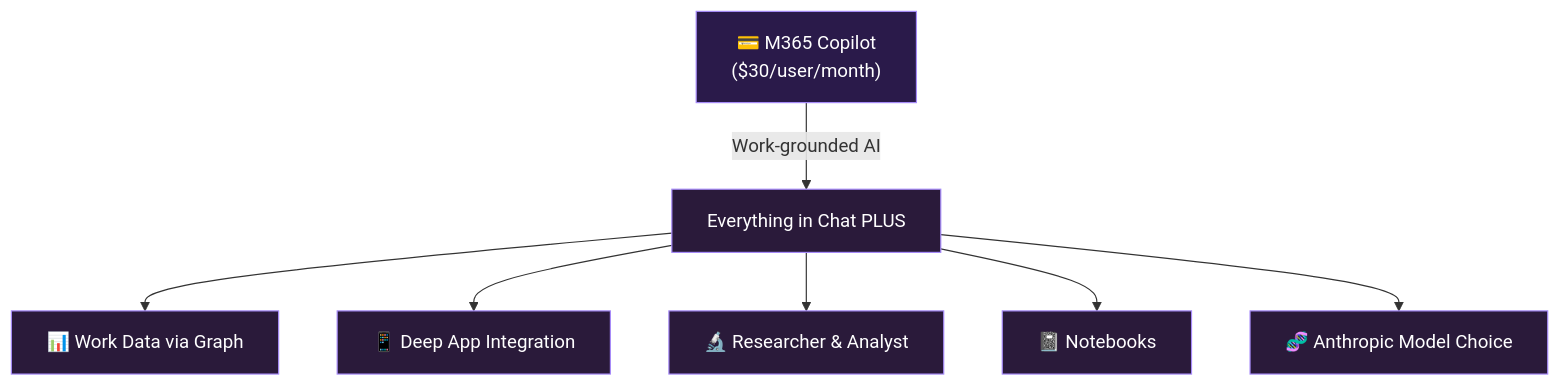
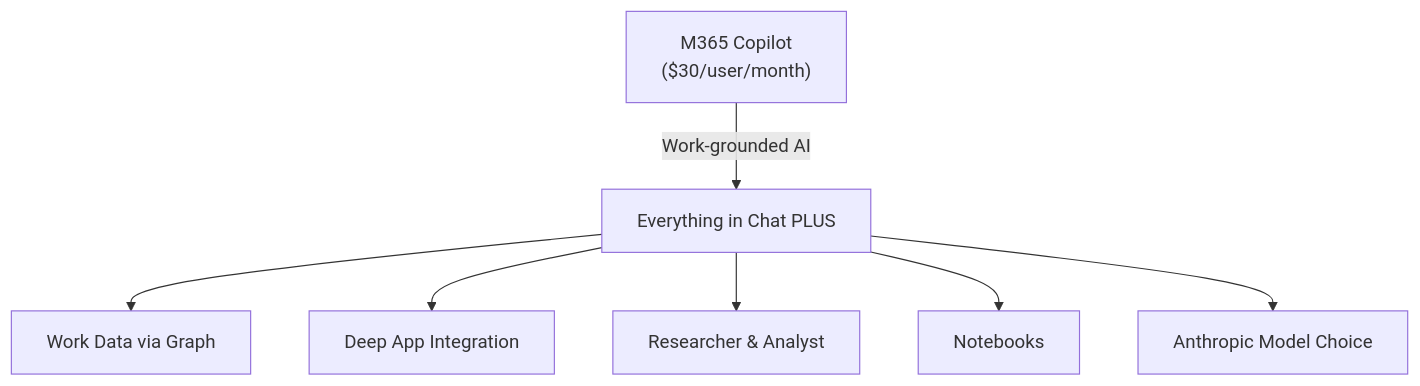
One commit to susanthgit/aguidetocloud-revamp changed the second of 6 diagrams in content/blog/microsoft-365-copilot-chat-complete-guide-for-trainers.md. Above: the diagram before and after it, drawn with Mermaid. The commit also changed other lines of this file and 553 other files, not shown here.

First line of the commit message:
🌸 Z17: Zen Mermaid diagrams — Stripe Docs style

````diff
--- a/content/blog/microsoft-365-copilot-chat-complete-guide-for-trainers.md
+++ b/content/blog/microsoft-365-copilot-chat-complete-guide-for-trainers.md
@@ -139,16 +132,9 @@
 ```mermaid
 flowchart TD
-    A["💳 M365 Copilot<br/>($30/user/month)"] -->|"Work-grounded AI"| B["Everything in Chat PLUS"]
-    B --> C["📊 Work Data via Graph"]
-    B --> D["📱 Deep App Integration"]
-    B --> E["🔬 Researcher & Analyst"]
-    B --> F["📓 Notebooks"]
-    B --> G["🧬 Anthropic Model Choice"]
-    style A fill:#2a1a4a,stroke:#A78BFA,color:#ffffff
-    style B fill:#2a1a3a,stroke:#A78BFA,color:#ffffff
-    style C fill:#2a1a3a,stroke:#A78BFA,color:#ffffff
-    style D fill:#2a1a3a,stroke:#A78BFA,color:#ffffff
-    style E fill:#2a1a3a,stroke:#A78BFA,color:#ffffff
-    style F fill:#2a1a3a,stroke:#A78BFA,color:#ffffff
-    style G fill:#2a1a3a,stroke:#A78BFA,color:#ffffff
+    A["M365 Copilot<br/>($30/user/month)"] -->|"Work-grounded AI"| B["Everything in Chat PLUS"]
+    B --> C["Work Data via Graph"]
+    B --> D["Deep App Integration"]
+    B --> E["Researcher & Analyst"]
+    B --> F["Notebooks"]
+    B --> G["Anthropic Model Choice"]
 ```
````
